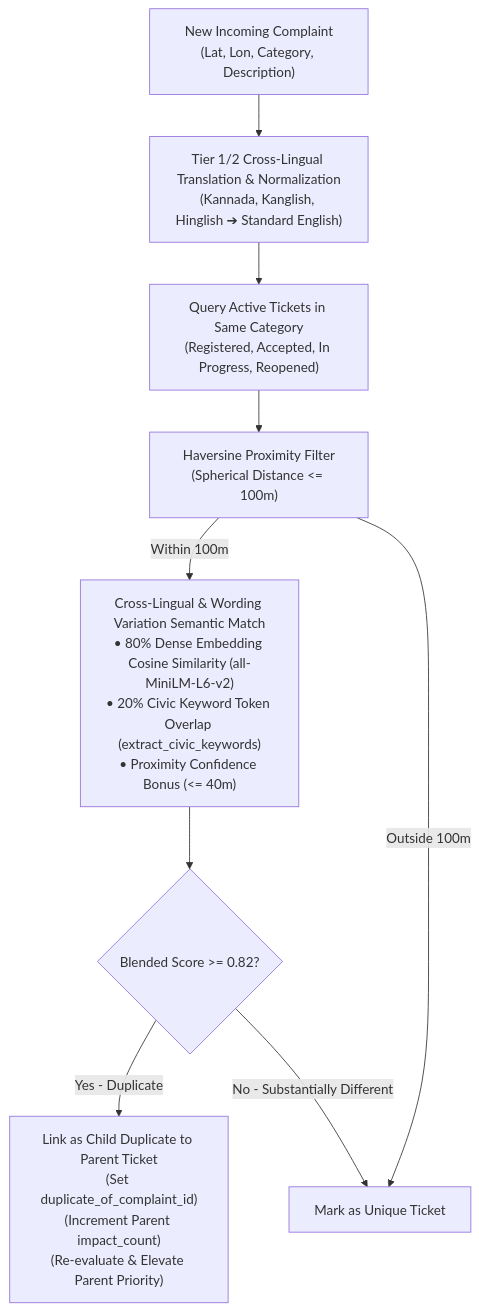
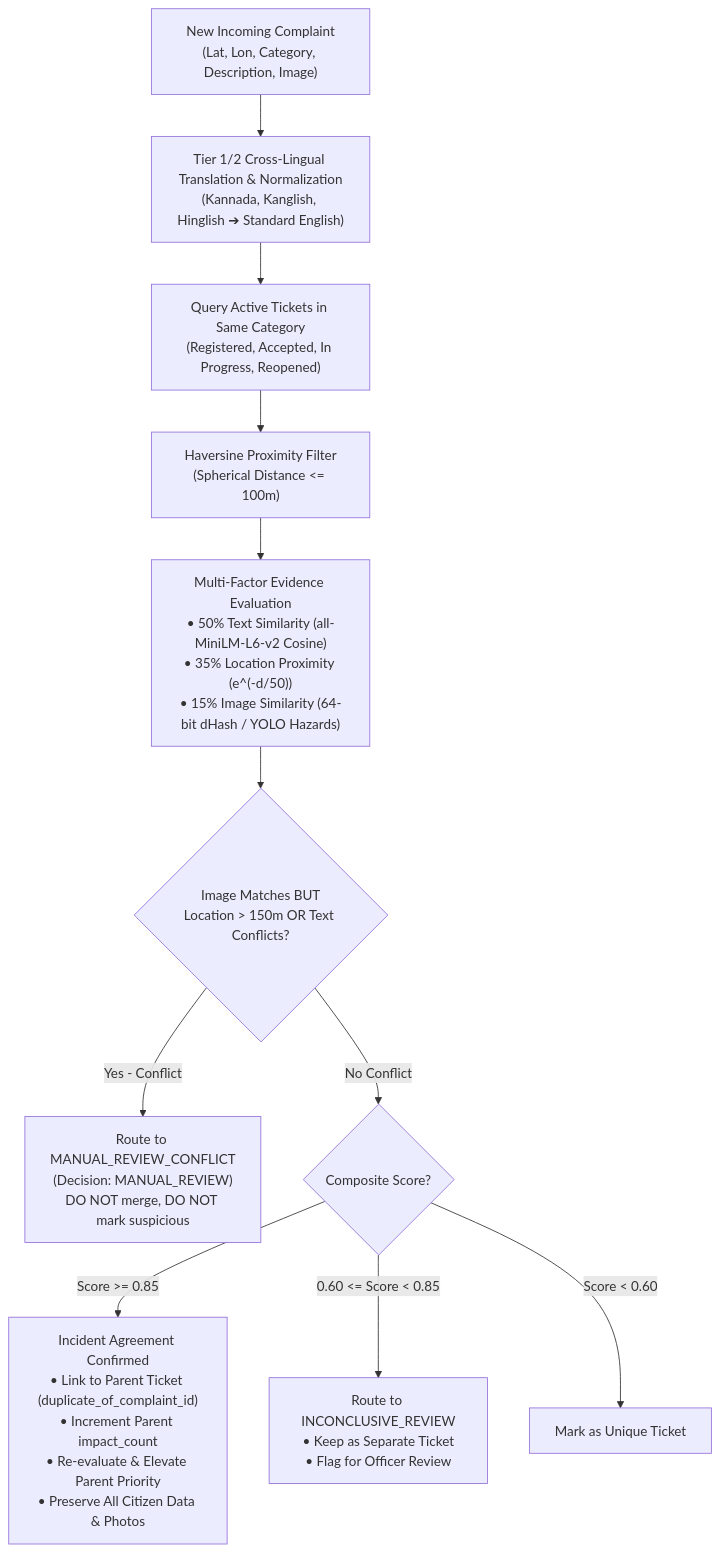
Before and after one commit to SHRUTISINHA250714/civic: diagram 11 of 18 in phases.md, drawn with Mermaid. The commit also changed other lines of this file and 19 other files, not shown here.

Commit message:
model updated duplicate image handled

````diff
--- a/phases.md
+++ b/phases.md
@@ -373,12 +376,15 @@
 ```mermaid
 flowchart TD
-    New["New Incoming Complaint\n(Lat, Lon, Category, Description)"] --> Trans["Tier 1/2 Cross-Lingual Translation & Normalization\n(Kannada, Kanglish, Hinglish ➔ Standard English)"]
+    New["New Incoming Complaint\n(Lat, Lon, Category, Description, Image)"] --> Trans["Tier 1/2 Cross-Lingual Translation & Normalization\n(Kannada, Kanglish, Hinglish ➔ Standard English)"]
     Trans --> Active["Query Active Tickets in Same Category\n(Registered, Accepted, In Progress, Reopened)"]
-    Active --> Radius["Haversine Proximity Filter\n(Spherical Distance <= 100m)"]
-    Radius -->|Within 100m| BlendSim["Cross-Lingual & Wording Variation Semantic Match\n• 80% Dense Embedding Cosine Similarity (all-MiniLM-L6-v2)\n• 20% Civic Keyword Token Overlap (extract_civic_keywords)\n• Proximity Confidence Bonus (<= 40m)"]
-    Radius -->|Outside 100m| Unique["Mark as Unique Ticket"]
+    Active --> Proximity["Haversine Proximity Filter\n(Spherical Distance <= 100m)"]
+    Proximity --> MultiFactor["Multi-Factor Evidence Evaluation\n• 50% Text Similarity (all-MiniLM-L6-v2 Cosine)\n• 35% Location Proximity (e^(-d/50))\n• 15% Image Similarity (64-bit dHash / YOLO Hazards)"]
     
-    BlendSim --> Check{"Blended Score >= 0.82?"}
-    Check -->|Yes - Duplicate| Merge["Link as Child Duplicate to Parent Ticket\n(Set duplicate_of_complaint_id)\n(Increment Parent impact_count)\n(Re-evaluate & Elevate Parent Priority)"]
-    Check -->|No - Substantially Different| Unique
+    MultiFactor --> ConflictCheck{"Image Matches BUT\nLocation > 150m OR Text Conflicts?"}
+    ConflictCheck -->|Yes - Conflict| ConflictRoute["Route to MANUAL_REVIEW_CONFLICT\n(Decision: MANUAL_REVIEW)\nDO NOT merge, DO NOT mark suspicious"]
+    ConflictCheck -->|No Conflict| ScoreCheck{"Composite Score?"}
+    
+    ScoreCheck -->|Score >= 0.85| Merge["Incident Agreement Confirmed\n• Link to Parent Ticket (duplicate_of_complaint_id)\n• Increment Parent impact_count\n• Re-evaluate & Elevate Parent Priority\n• Preserve All Citizen Data & Photos"]
+    ScoreCheck -->|0.60 <= Score < 0.85| Inconclusive["Route to INCONCLUSIVE_REVIEW\n• Keep as Separate Ticket\n• Flag for Officer Review"]
+    ScoreCheck -->|Score < 0.60| Unique["Mark as Unique Ticket"]
 ```
````
